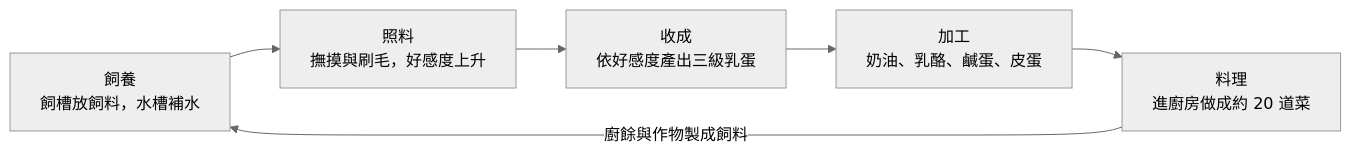
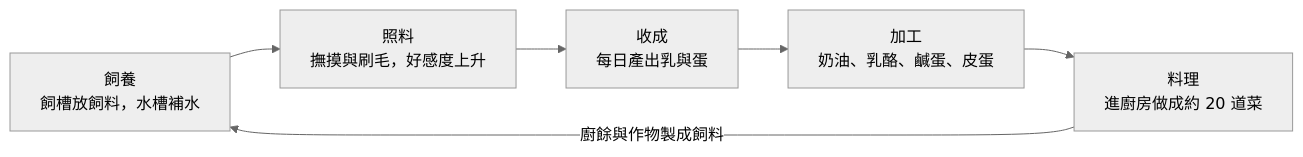
The diagram in docs/PROPOSAL.zh-TW.md (garlicpretty-creator/Kaleidoscope_Ranching_BR), drawn with Mermaid (neutral theme) before and after one commit. The commit also changed other lines of this file and 118 other files, not shown here.

````diff
--- a/docs/PROPOSAL.zh-TW.md
+++ b/docs/PROPOSAL.zh-TW.md
@@ -44,8 +44,8 @@
 ```mermaid
 flowchart LR
     A["飼養<br/>飼槽放飼料，水槽補水"] --> B["照料<br/>撫摸與刷毛，好感度上升"]
-    B --> C["收成<br/>依好感度產出三級乳蛋"]
+    B --> C["收成<br/>每日產出乳與蛋"]
     C --> D["加工<br/>奶油、乳酪、鹹蛋、皮蛋"]
     D --> E["料理<br/>進廚房做成約 20 道菜"]
     E -- "廚餘與作物製成飼料" --> A
 ```
````
